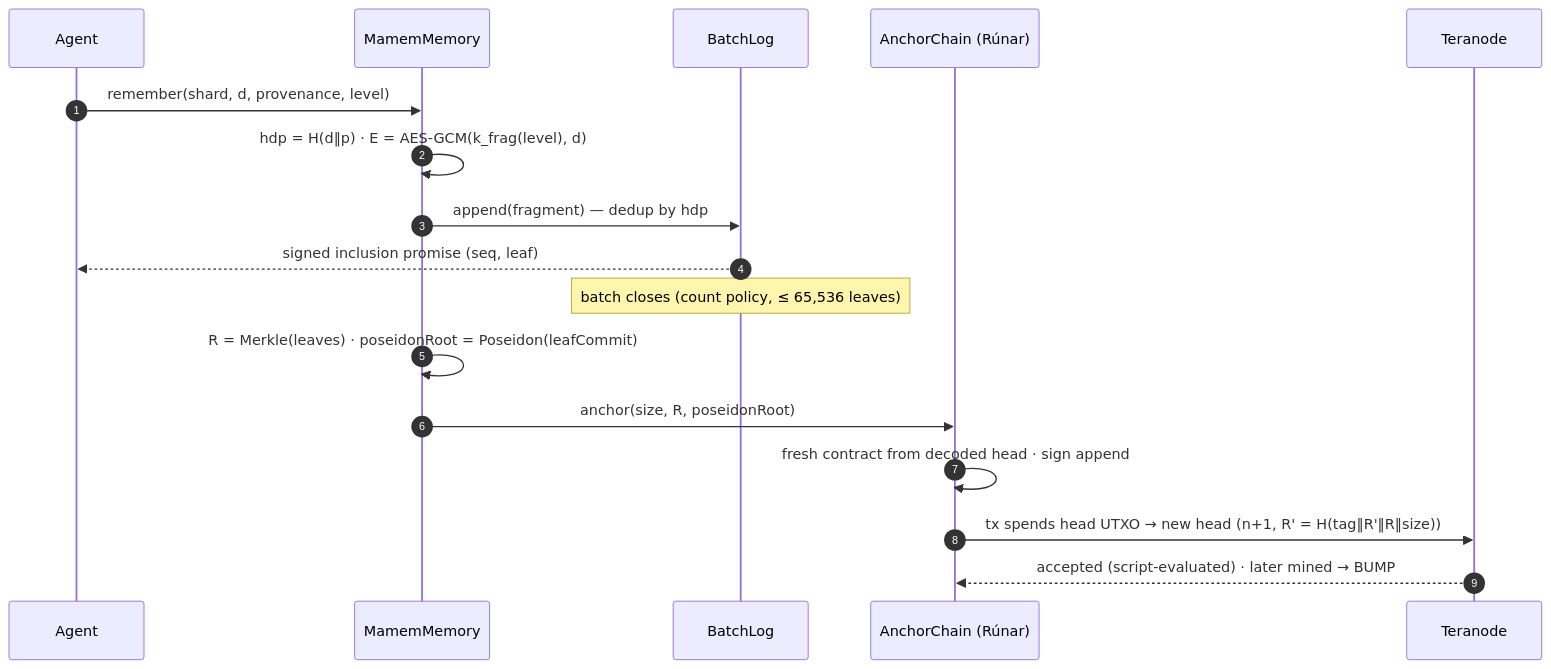
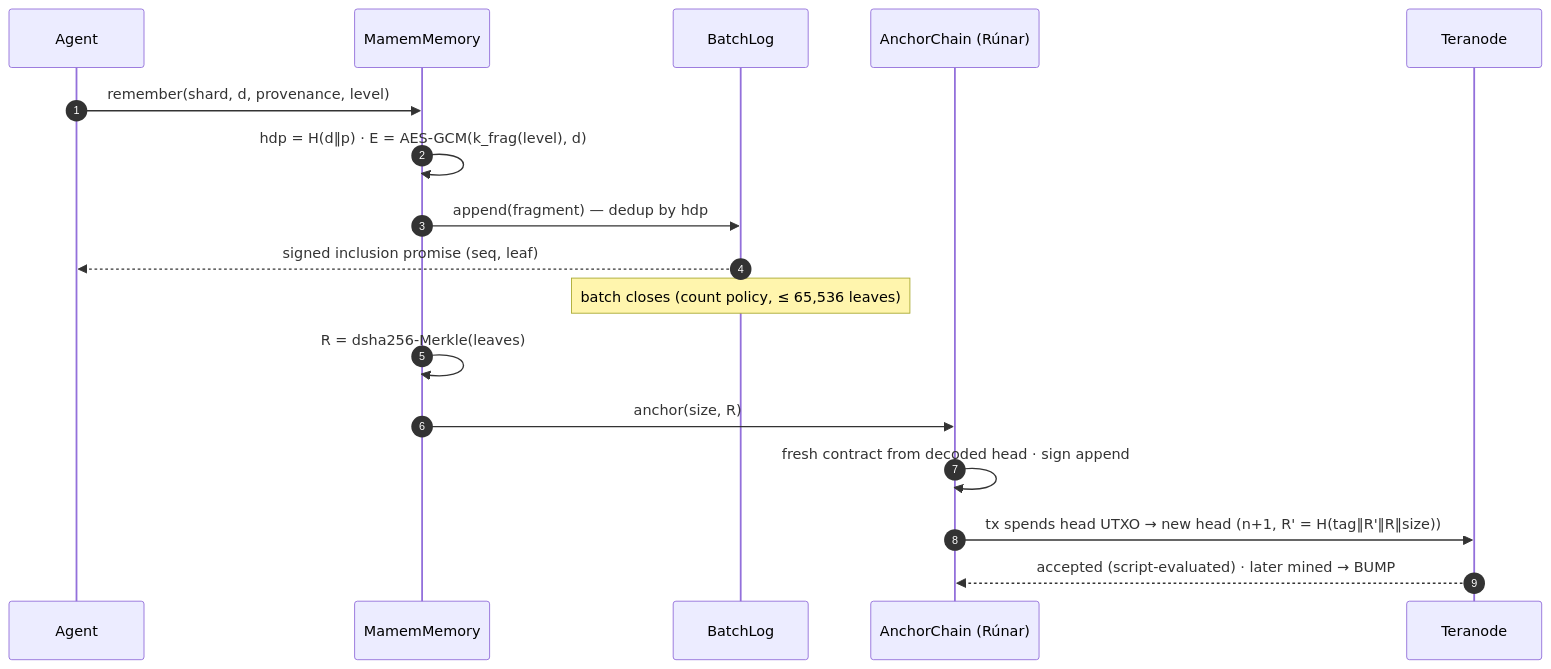
The third of 14 diagrams in docs/ARCHITECTURE.md (kryptokrates/nektar), drawn with Mermaid before and after one commit. The commit also changed other lines of this file and 9 other files, not shown here.

````diff
--- a/docs/ARCHITECTURE.md
+++ b/docs/ARCHITECTURE.md
@@ -83,19 +83,19 @@
 ```mermaid
 sequenceDiagram
   autonumber
   participant A as Agent
   participant M as MamemMemory
   participant L as BatchLog
   participant C as AnchorChain (Rúnar)
   participant T as Teranode
   A->>M: remember(shard, d, provenance, level)
   M->>M: hdp = H(d‖p) · E = AES-GCM(k_frag(level), d)
   M->>L: append(fragment) — dedup by hdp
   L-->>A: signed inclusion promise (seq, leaf)
   Note over L: batch closes (count policy, ≤ 65,536 leaves)
-  M->>M: R = Merkle(leaves) · poseidonRoot = Poseidon(leafCommit)
-  M->>C: anchor(size, R, poseidonRoot)
+  M->>M: R = dsha256-Merkle(leaves)
+  M->>C: anchor(size, R)
   C->>C: fresh contract from decoded head · sign append
   C->>T: tx spends head UTXO → new head (n+1, R' = H(tag‖R'‖R‖size))
   T-->>C: accepted (script-evaluated) · later mined → BUMP
 ```
````
